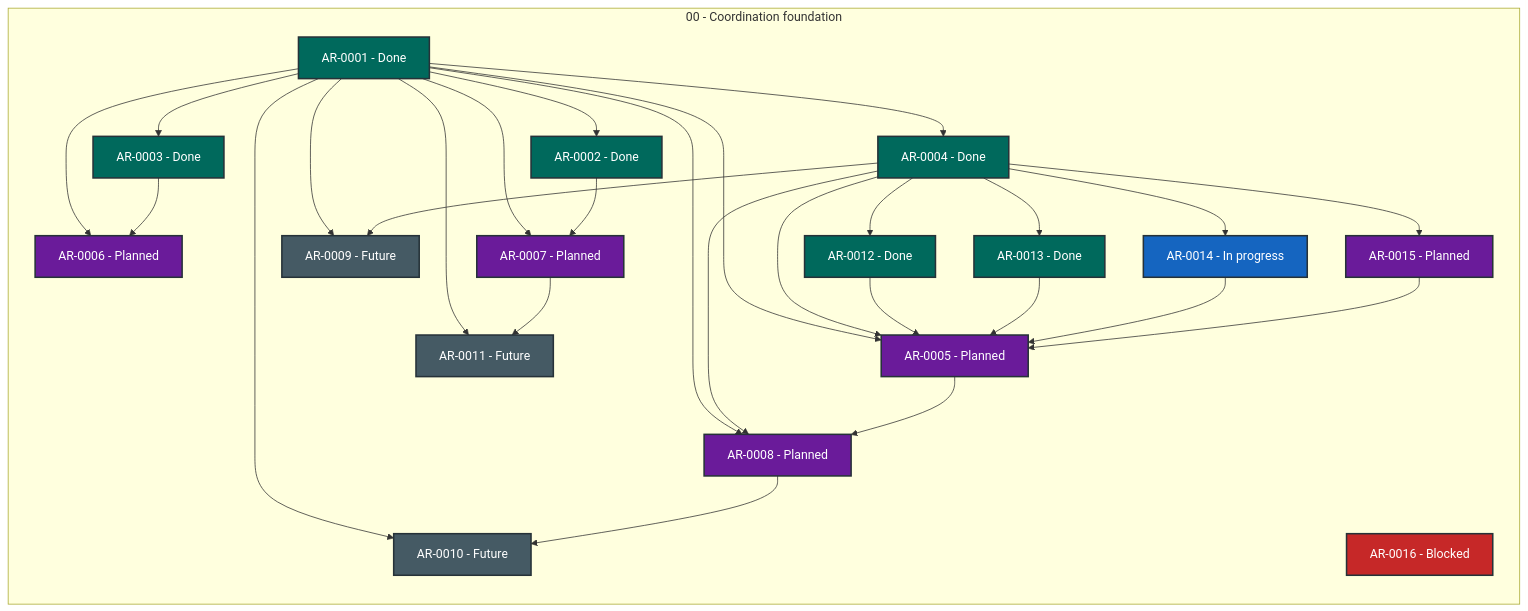
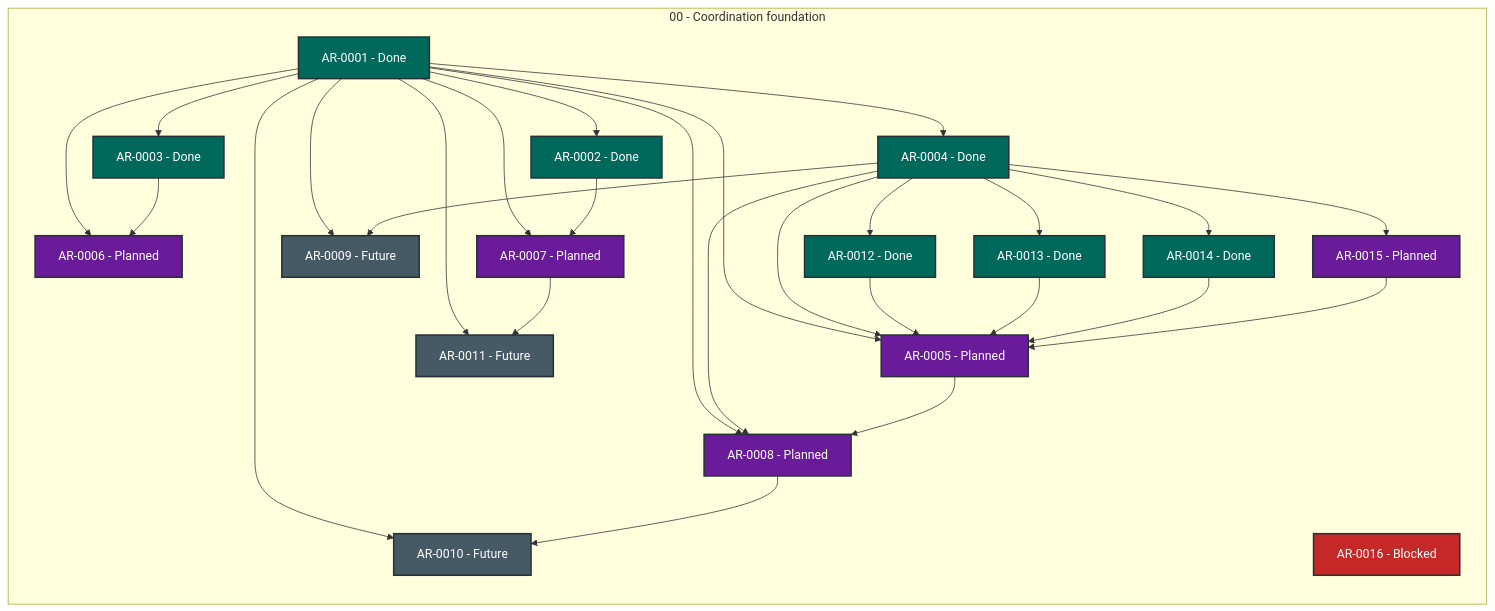
The diagram in STATUS.md (martin-beck/agent-workflow-quality-state), drawn with Mermaid before and after one commit. The commit also changed other lines of this file and 2 other files, not shown here.

````diff
--- a/STATUS.md
+++ b/STATUS.md
@@ -27,56 +27,56 @@
 ```mermaid
 flowchart LR
     subgraph series_00["00 - Coordination foundation"]
         direction TB
         AR_0001["AR-0001 - Done"]:::status_done
         AR_0002["AR-0002 - Done"]:::status_done
         AR_0003["AR-0003 - Done"]:::status_done
         AR_0004["AR-0004 - Done"]:::status_done
         AR_0005["AR-0005 - Planned"]:::status_planned
         AR_0006["AR-0006 - Planned"]:::status_planned
         AR_0007["AR-0007 - Planned"]:::status_planned
         AR_0008["AR-0008 - Planned"]:::status_planned
         AR_0009["AR-0009 - Future"]:::status_future
         AR_0010["AR-0010 - Future"]:::status_future
         AR_0011["AR-0011 - Future"]:::status_future
         AR_0012["AR-0012 - Done"]:::status_done
         AR_0013["AR-0013 - Done"]:::status_done
-        AR_0014["AR-0014 - In progress"]:::status_in_progress
+        AR_0014["AR-0014 - Done"]:::status_done
         AR_0015["AR-0015 - Planned"]:::status_planned
         AR_0016["AR-0016 - Blocked"]:::status_blocked
     end
     AR_0001 --> AR_0002
     AR_0001 --> AR_0003
     AR_0001 --> AR_0004
     AR_0001 --> AR_0005
     AR_0001 --> AR_0006
     AR_0001 --> AR_0007
     AR_0001 --> AR_0008
     AR_0001 --> AR_0009
     AR_0001 --> AR_0010
     AR_0001 --> AR_0011
     AR_0002 --> AR_0007
     AR_0003 --> AR_0006
     AR_0004 --> AR_0005
     AR_0004 --> AR_0008
     AR_0004 --> AR_0009
     AR_0004 --> AR_0012
     AR_0004 --> AR_0013
     AR_0004 --> AR_0014
     AR_0004 --> AR_0015
     AR_0005 --> AR_0008
     AR_0007 --> AR_0011
     AR_0008 --> AR_0010
     AR_0012 --> AR_0005
     AR_0013 --> AR_0005
     AR_0014 --> AR_0005
     AR_0015 --> AR_0005
     classDef status_in_progress fill:#1565c0,color:#ffffff,stroke:#263238,stroke-width:2px
     classDef status_open fill:#2e7d32,color:#ffffff,stroke:#263238,stroke-width:2px
     classDef status_blocked fill:#c62828,color:#ffffff,stroke:#263238,stroke-width:2px
     classDef status_planned fill:#6a1b9a,color:#ffffff,stroke:#263238,stroke-width:2px
     classDef status_future fill:#455a64,color:#ffffff,stroke:#263238,stroke-width:2px
     classDef status_done fill:#00695c,color:#ffffff,stroke:#263238,stroke-width:2px
     classDef status_cancelled fill:#616161,color:#ffffff,stroke:#263238,stroke-width:2px
     classDef status_superseded fill:#5d4037,color:#ffffff,stroke:#263238,stroke-width:2px
 ```
````
